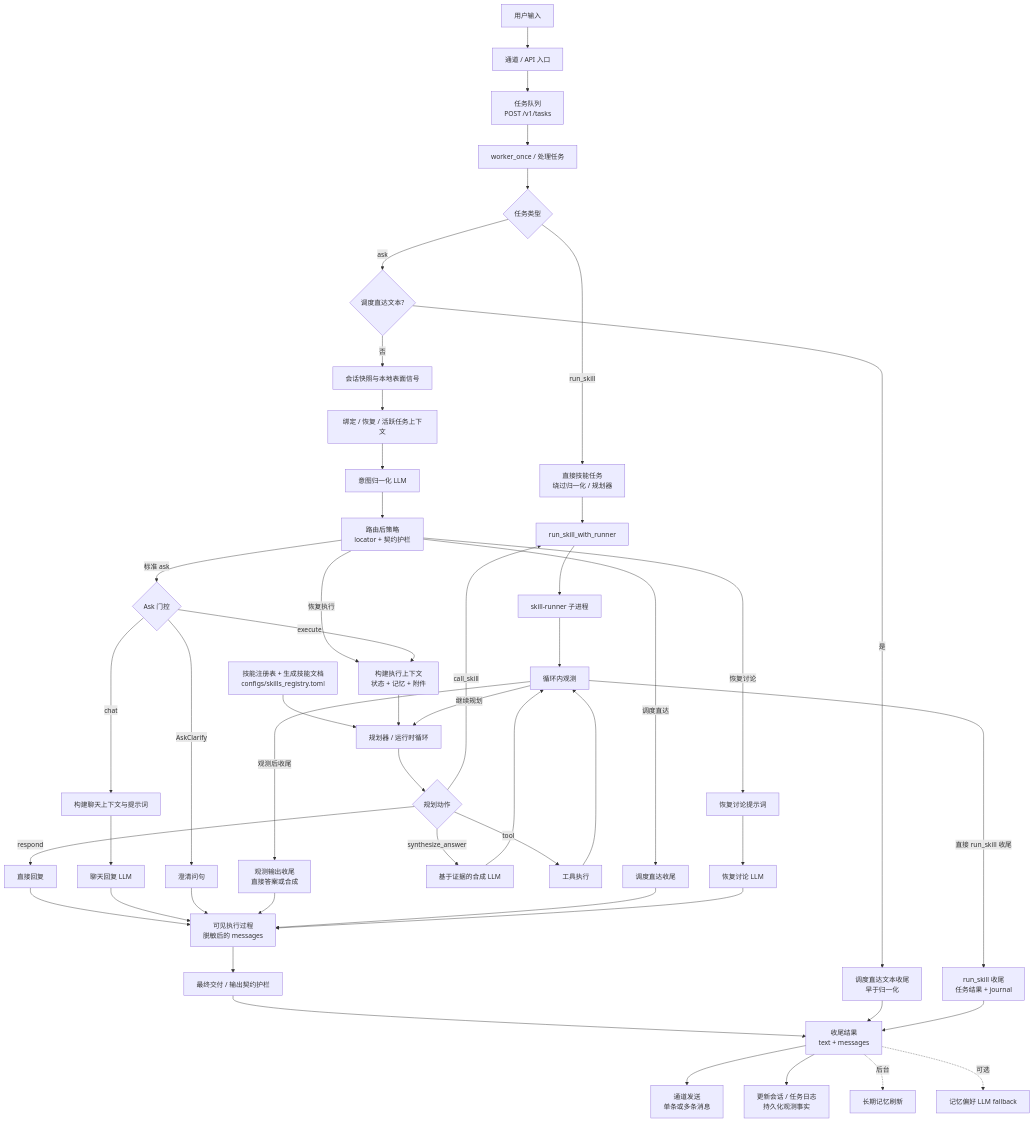
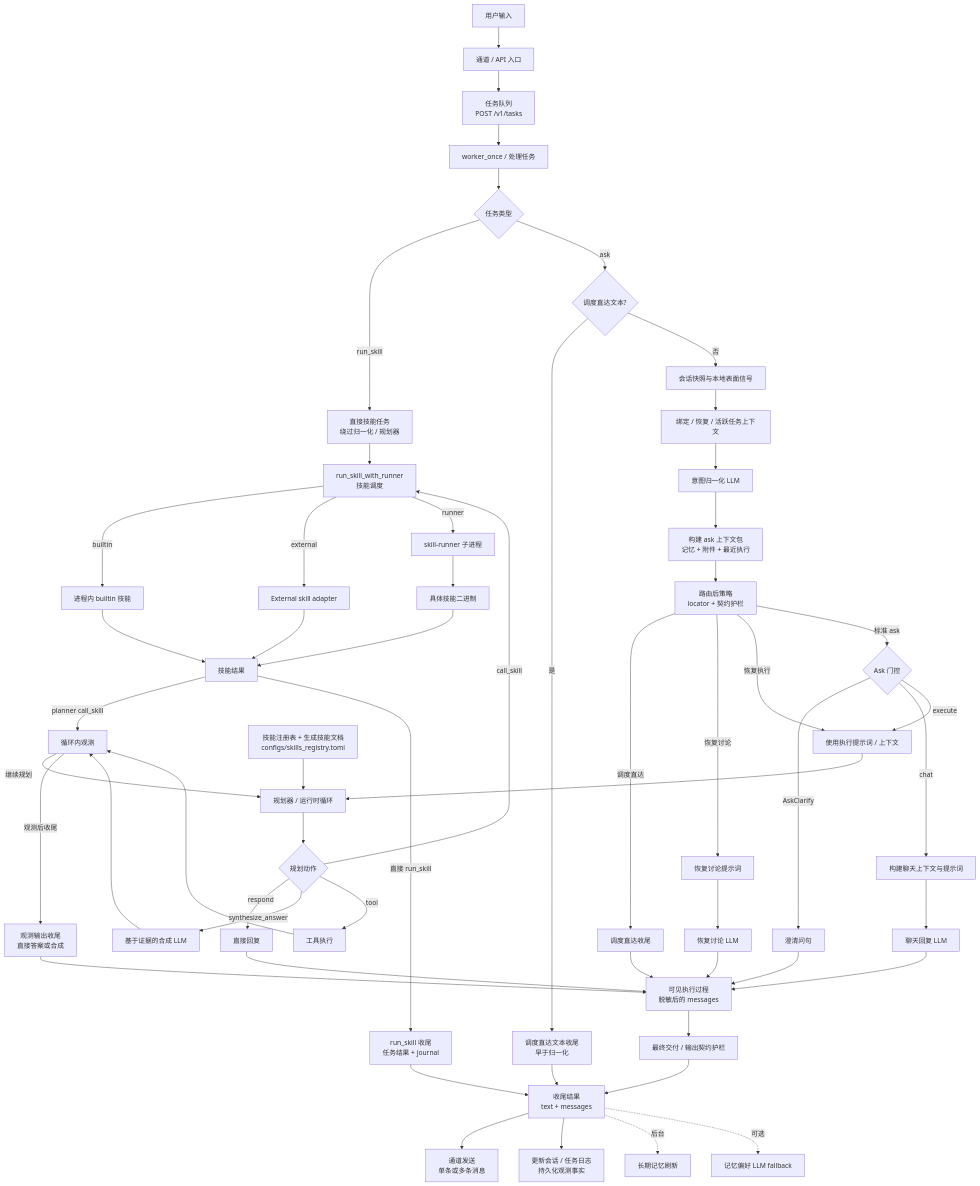
Before and after one commit to MatrixCoreX/RustClaw: the first of 2 diagrams in README.zh-CN.md, drawn with Mermaid. The commit also changed other lines of this file and 1 other file, not shown here.

````diff
--- a/README.zh-CN.md
+++ b/README.zh-CN.md
@@ -28,52 +28,59 @@
 ```mermaid
 flowchart TD
     A[用户输入] --> B[通道 / API 入口]
     B --> B1[任务队列<br/>POST /v1/tasks]
     B1 --> B2[worker_once / 处理任务]
     B2 --> B3{任务类型}
     B3 -->|run_skill| RS[直接技能任务<br/>绕过归一化 / 规划器]
     B3 -->|ask| C0{调度直达文本?}
     C0 -->|是| SD0[调度直达文本收尾<br/>早于归一化]
     C0 -->|否| C[会话快照与本地表面信号]
     C --> D[绑定 / 恢复 / 活跃任务上下文]
     D --> E[意图归一化 LLM]
-    E --> E2[路由后策略<br/>locator + 契约护栏]
+    E --> EC[构建 ask 上下文包<br/>记忆 + 附件 + 最近执行]
+    EC --> E2[路由后策略<br/>locator + 契约护栏]
     E2 -->|调度直达| SD[调度直达收尾]
     E2 -->|恢复讨论| RD[恢复讨论提示词]
     E2 -->|恢复执行| H
     E2 -->|标准 ask| F{Ask 门控}
     F -->|AskClarify| G[澄清问句]
     F -->|chat| CH[构建聊天上下文与提示词]
     CH --> CR[聊天回复 LLM]
-    F -->|execute| H[构建执行上下文<br/>状态 + 记忆 + 附件]
+    F -->|execute| H[使用执行提示词 / 上下文]
     SK[技能注册表 + 生成技能文档<br/>configs/skills_registry.toml] --> I
     H --> I[规划器 / 运行时循环]
     I --> L{规划动作}
     L -->|respond| M[直接回复]
     L -->|synthesize_answer| SS[基于证据的合成 LLM]
     L -->|tool| N[工具执行]
-    L -->|call_skill| N1[run_skill_with_runner]
+    L -->|call_skill| N1[run_skill_with_runner<br/>技能调度]
     RS --> N1
-    N1 --> N2[skill-runner 子进程]
-    N2 --> P
+    N1 -->|builtin| N1B[进程内 builtin 技能]
+    N1 -->|external| N1E[External skill adapter]
+    N1 -->|runner| N2[skill-runner 子进程]
+    N2 --> N3[具体技能二进制]
+    N1B --> SR[技能结果]
+    N1E --> SR
+    N3 --> SR
+    SR -->|planner call_skill| P
+    SR -->|直接 run_skill| RSK[run_skill 收尾<br/>任务结果 + journal]
     N --> P[循环内观测]
     SS --> P
     P -->|继续规划| I
     P -->|观测后收尾| OF[观测输出收尾<br/>直接答案或合成]
-    P -->|直接 run_skill 收尾| RSK[run_skill 收尾<br/>任务结果 + journal]
     M --> VP[可见执行过程<br/>脱敏后的 messages]
     CR --> VP
     G --> VP
     OF --> VP
     SD --> VP
     RD --> RDL[恢复讨论 LLM]
     RDL --> VP
     VP --> Q[最终交付 / 输出契约护栏]
     Q --> R[收尾结果<br/>text + messages]
     SD0 --> R
     RSK --> R
     R --> S[通道发送<br/>单条或多条消息]
     R --> T[更新会话 / 任务日志<br/>持久化观测事实]
     R -. 后台 .-> U[长期记忆刷新]
     R -. 可选 .-> V[记忆偏好 LLM fallback]
 ```
````
